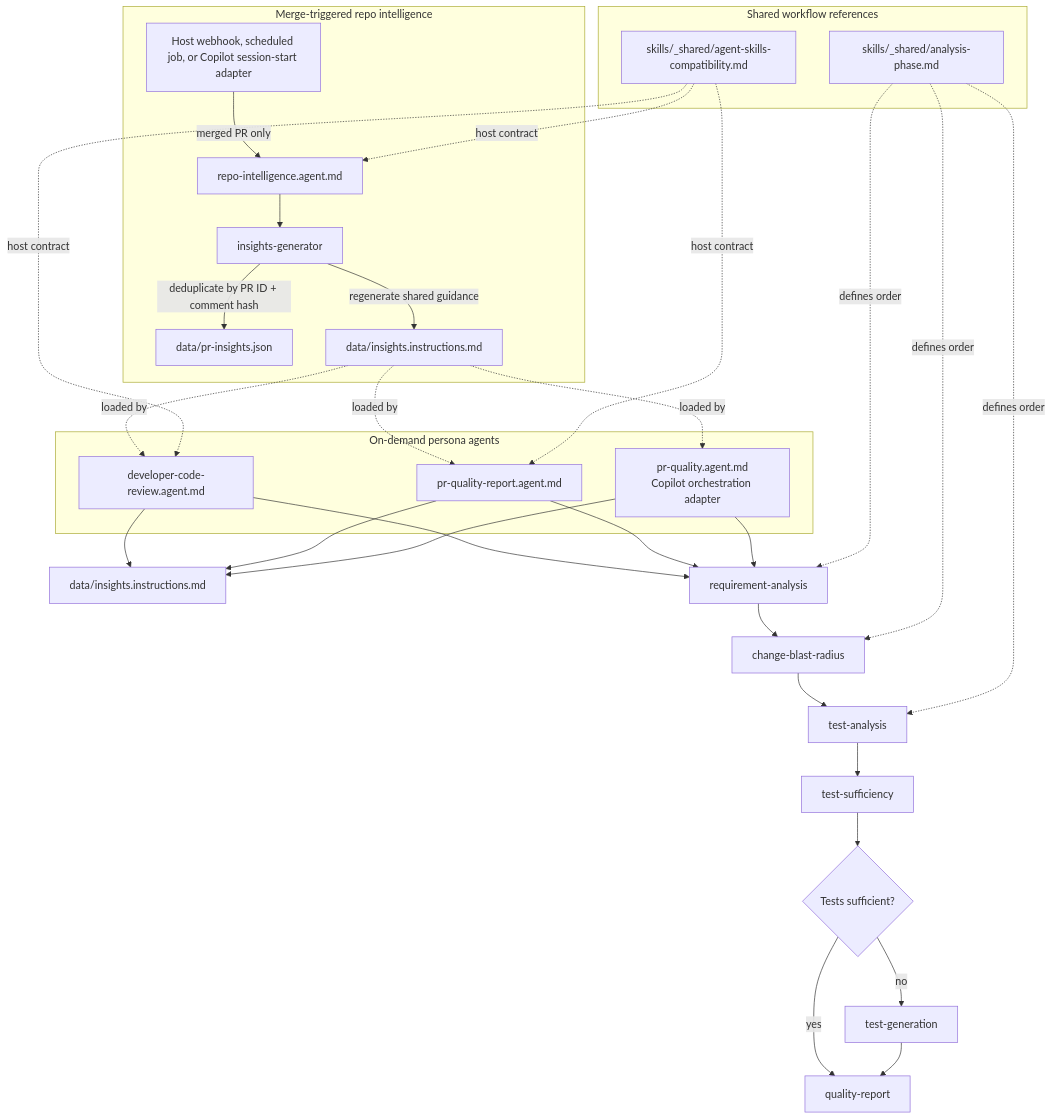
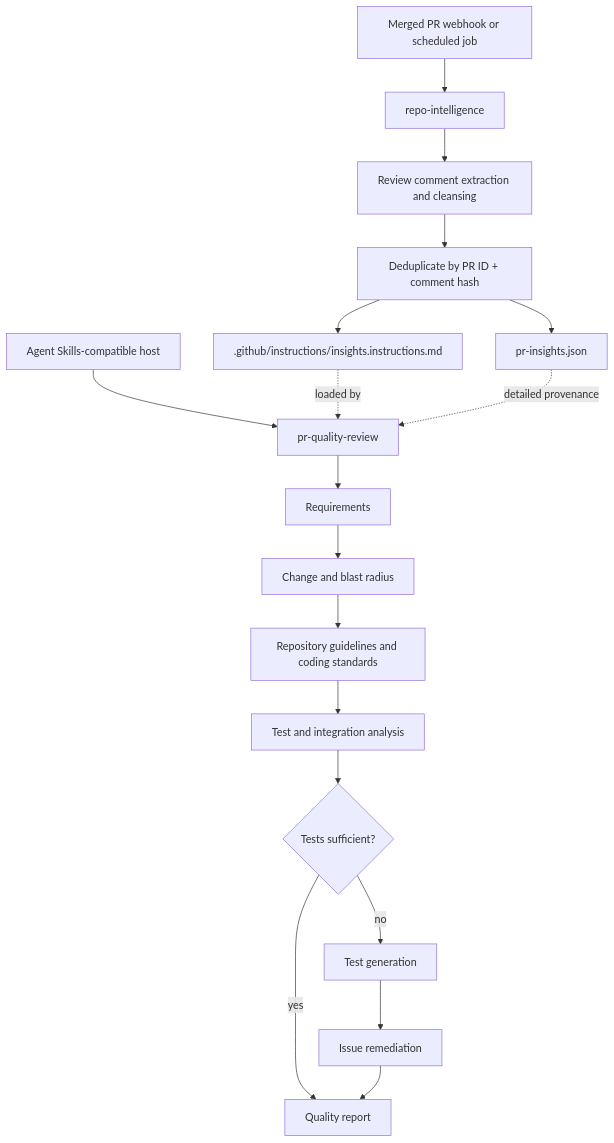
One commit to ArjunVijayan/code-review-agent-experiment changed the diagram in pr-quality-assistant/FLOW.md. Above: the diagram before and after it, drawn with Mermaid. The commit also changed other lines of this file and 26 other files, not shown here.

````diff
--- a/pr-quality-assistant/FLOW.md
+++ b/pr-quality-assistant/FLOW.md
@@ -3,54 +3,22 @@
 ```mermaid
 flowchart TD
-    subgraph Personas[On-demand persona agents]
-        D[developer-code-review.agent.md]
-        R[pr-quality-report.agent.md]
-        P[pr-quality.agent.md\nCopilot orchestration adapter]
-    end
+    H[Agent Skills-compatible host] --> PR[pr-quality-review]
+    PR --> R[Requirements]
+    R --> B[Change and blast radius]
+    B --> G[Repository guidelines and coding standards]
+    G --> T[Test and integration analysis]
+    T --> S{Tests sufficient?}
+    S -->|yes| Q[Quality report]
+    S -->|no| TG[Test generation]
+    TG --> M[Issue remediation]
+    M --> Q
 
-    I[data/insights.instructions.md]
-    Q[requirement-analysis]
-    B[change-blast-radius]
-    T[test-analysis]
-    S[test-sufficiency]
-    G{Tests sufficient?}
-    TG[test-generation]
-    QR[quality-report]
+    W[Merged PR webhook or scheduled job] --> RI[repo-intelligence]
+    RI --> IG[Review comment extraction and cleansing]
+    IG --> D[Deduplicate by PR ID + comment hash]
+    D --> J[pr-insights.json]
+    D --> I[.github/instructions/insights.instructions.md]
+    I -. loaded by .-> PR
+    J -. detailed provenance .-> PR
 
-    D --> I
-    R --> I
-    P --> I
-    D --> Q
-    R --> Q
-    P --> Q
-    Q --> B --> T --> S --> G
-    G -->|yes| QR
-    G -->|no| TG --> QR
-
-    subgraph Intelligence[Merge-triggered repo intelligence]
-        H[Host webhook, scheduled job, or Copilot session-start adapter]
-        RI[repo-intelligence.agent.md]
-        IG[insights-generator]
-        JSON[data/pr-insights.json]
-        INST[data/insights.instructions.md]
-    end
-
-    H -->|merged PR only| RI --> IG
-    IG -->|deduplicate by PR ID + comment hash| JSON
-    IG -->|regenerate shared guidance| INST
-    INST -. loaded by .-> D
-    INST -. loaded by .-> R
-    INST -. loaded by .-> P
-
-    subgraph Shared[Shared workflow references]
-        AP[skills/_shared/analysis-phase.md]
-        AC[skills/_shared/agent-skills-compatibility.md]
-    end
-
-    AP -. defines order .-> Q
-    AP -. defines order .-> B
-    AP -. defines order .-> T
-    AC -. host contract .-> D
-    AC -. host contract .-> R
-    AC -. host contract .-> RI
 ```
````
